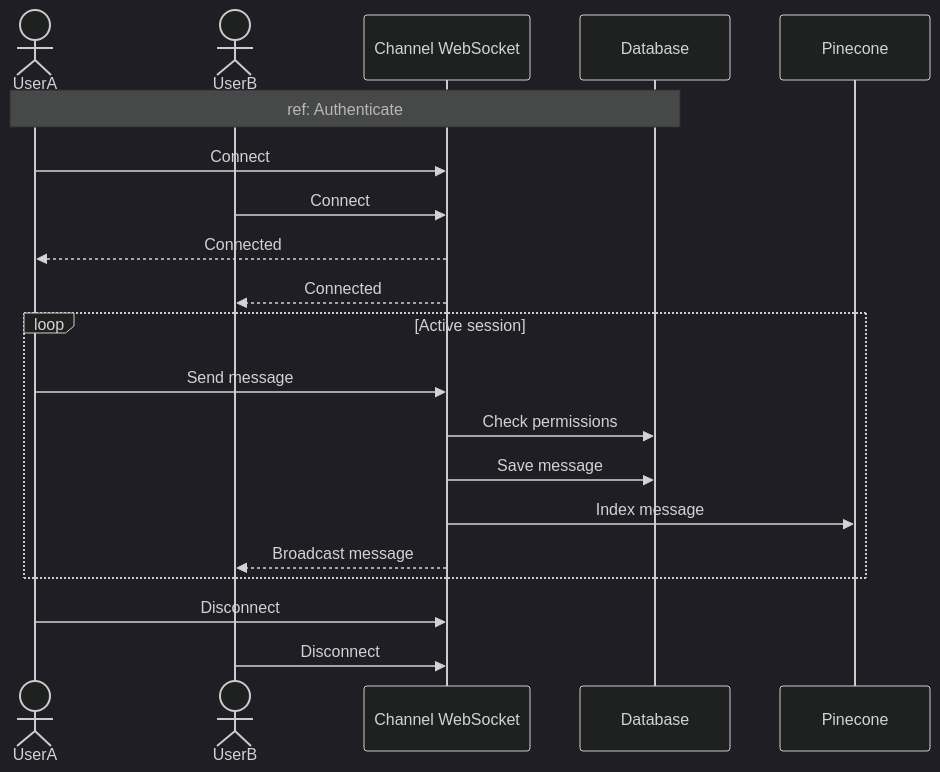
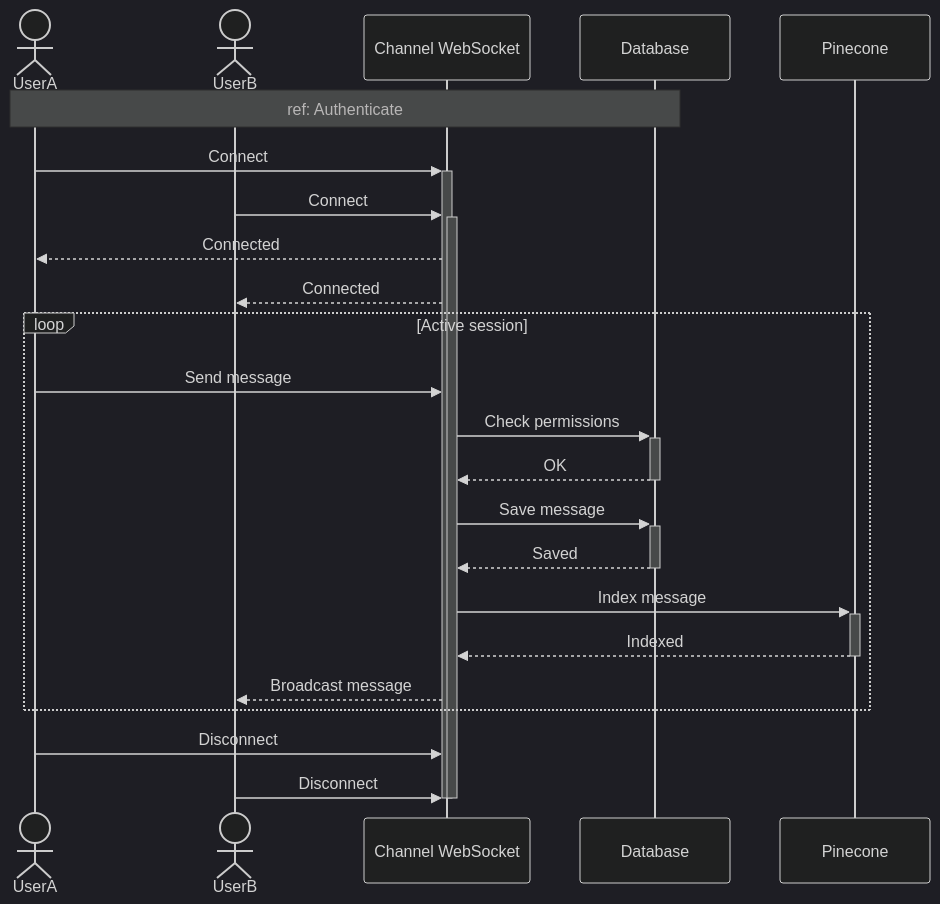
The ninth of 16 diagrams in docs/SEQUENCE_DIAGRAMS.md (MohamedChebbi123/teamnest), drawn with Mermaid (dark theme) before and after one commit. The commit also changed other lines of this file, not shown here.

````diff
--- a/docs/SEQUENCE_DIAGRAMS.md
+++ b/docs/SEQUENCE_DIAGRAMS.md
@@ -276,26 +315,31 @@
 ```mermaid
 sequenceDiagram
     actor UserA
     actor UserB
     participant WS as Channel WebSocket
     participant DB as Database
     participant Vec as Pinecone
 
     Note over UserA,DB: ref: Authenticate
 
-    UserA->>WS: Connect
-    UserB->>WS: Connect
+    UserA->>+WS: Connect
+    UserB->>+WS: Connect
     WS-->>UserA: Connected
     WS-->>UserB: Connected
 
     loop Active session
         UserA->>WS: Send message
-        WS->>DB: Check permissions
-        WS->>DB: Save message
-        WS->>Vec: Index message
+        WS->>+DB: Check permissions
+        DB-->>-WS: OK
+        WS->>+DB: Save message
+        DB-->>-WS: Saved
+        WS->>+Vec: Index message
+        Vec-->>-WS: Indexed
         WS-->>UserB: Broadcast message
     end
 
     UserA->>WS: Disconnect
     UserB->>WS: Disconnect
+    deactivate WS
+    deactivate WS
 ```
````
